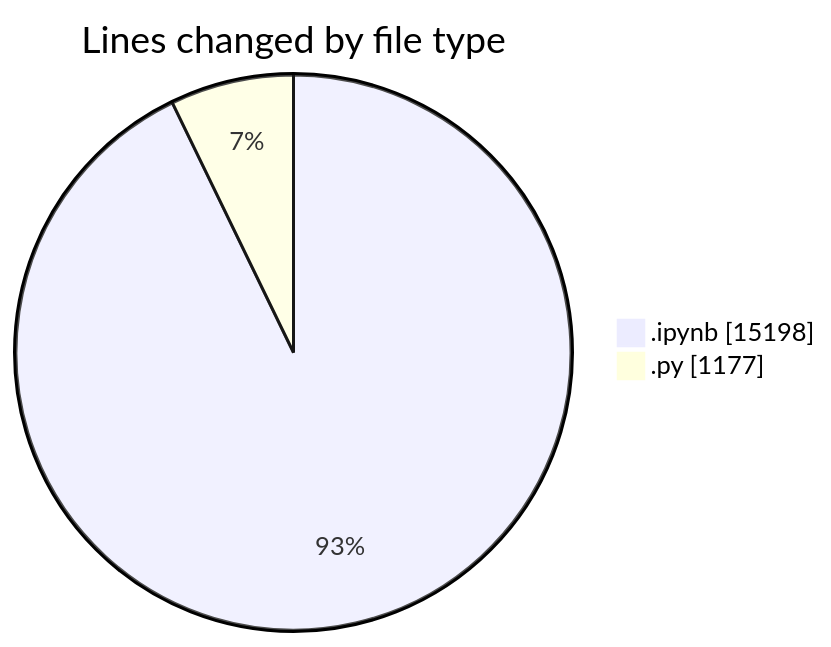
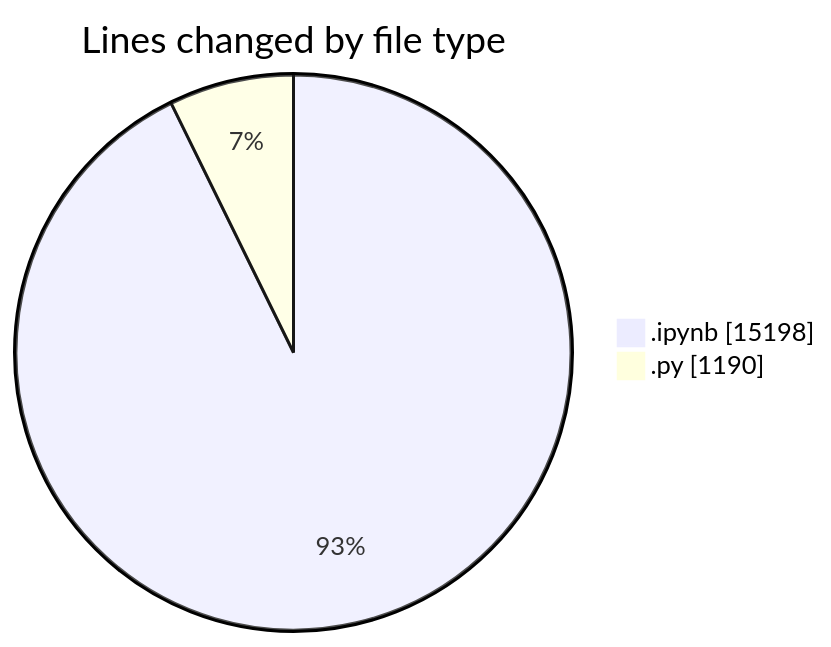
The first of 2 diagrams in 2025-04-10/myws__workspace_/README.md (MatusMokan/code-tracking), drawn with Mermaid before and after one commit. The commit also changed other lines of this file and 1 other file, not shown here.

````diff
--- a/2025-04-10/myws__workspace_/README.md
+++ b/2025-04-10/myws__workspace_/README.md
@@ -21,6 +21,6 @@
 ```mermaid
 pie showData
 title Lines changed by file type
 ".ipynb" : 15198
-".py" : 1177
+".py" : 1190
 ```
````
